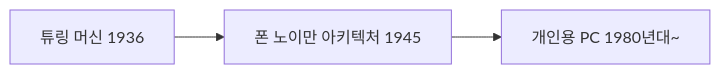
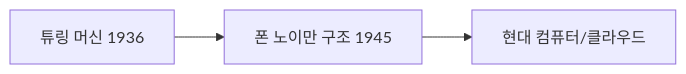
Before and after one commit to sujinchoo/Ai.build.education: the second of 2 diagrams in curriculum/week01.md, drawn with Mermaid. The commit also changed other lines of this file and 23 other files, not shown here.

````diff
--- a/curriculum/week01.md
+++ b/curriculum/week01.md
@@ -25,4 +29,5 @@
 ```mermaid
 flowchart LR
-    T[튜링 머신 1936] --> V[폰 노이만 아키텍처 1945] --> P[개인용 PC 1980년대~]
+    T[튜링 머신 1936] --> V[폰 노이만 구조 1945]
+    V --> N[현대 컴퓨터/클라우드]
 ```
````
